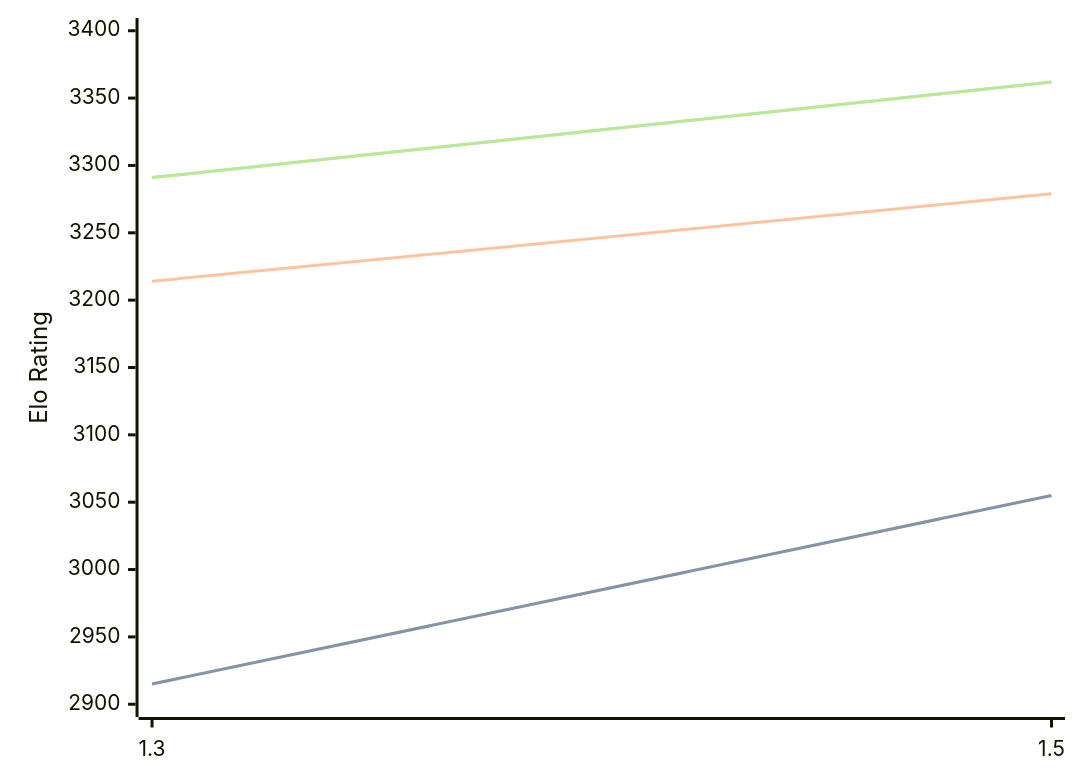
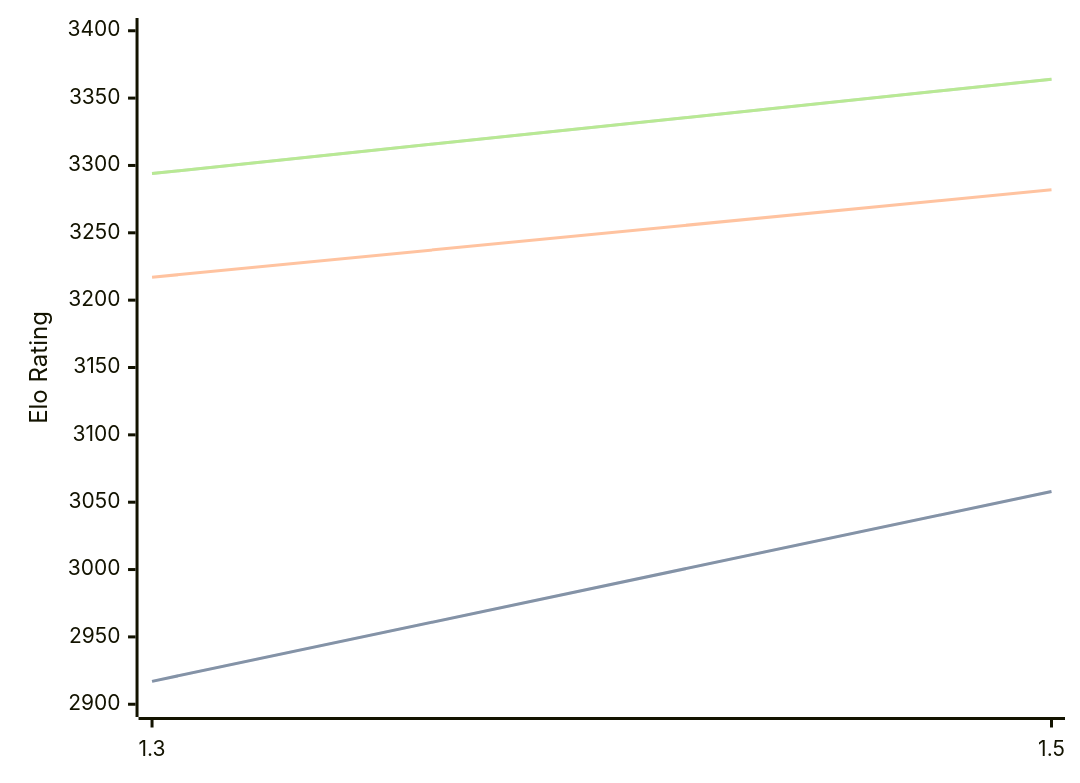
Before and after one commit to computer-chess-index/cci: the diagram in engines/Lambergar.md, drawn with Mermaid. The commit also changed other lines of this file, not shown here.

Commit message:
Update CCI Ratings (ELO VLTC) - 2026-09-24

````diff
--- a/engines/Lambergar.md
+++ b/engines/Lambergar.md
@@ -32,11 +32,11 @@
 ```mermaid
 %%{init: {"theme":"base","themeVariables":{"seriesColors:['#a3a3a3','#222221','#faa371']}}}%%
 xychart-beta
   x-axis ["1.3", "1.5"]
   y-axis "Elo Rating" 2900 --> 3400
-  line "" [2915, 3055]
-  line "STC (8.0+0.08s)" [2915, 3055]
-  line "LTC (60.0+0.60s)" [3214, 3279]
-  line "" [3291, 3362]
-  line "VLTC (2m24s+1.12s)" [3291, 3362]
+  line "" [2917, 3058]
+  line "STC (8.0+0.08s)" [2917, 3058]
+  line "LTC (60.0+0.60s)" [3217, 3282]
+  line "" [3294, 3364]
+  line "VLTC (2m24s+1.12s)" [3294, 3364]
 ```
````
